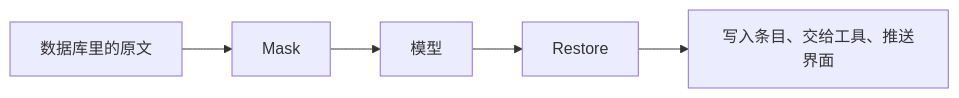
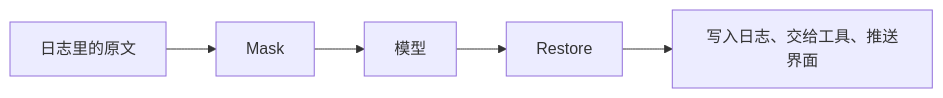
Before and after one commit to 0xfakeSpike/ollupi-docs: the diagram in docs/zh/engine/redaction.md, drawn with Mermaid. The commit also changed other lines of this file and 86 other files, not shown here.

````diff
--- a/docs/zh/engine/redaction.md
+++ b/docs/zh/engine/redaction.md
@@ -78,7 +99,7 @@
 ```mermaid
 flowchart LR
-  A["数据库里的原文"] --> B["Mask"]
+  A["日志里的原文"] --> B["Mask"]
   B --> C["模型"]
   C --> D["Restore"]
-  D --> E["写入条目、交给工具、推送界面"]
+  D --> E["写入日志、交给工具、推送界面"]
 ```
````
